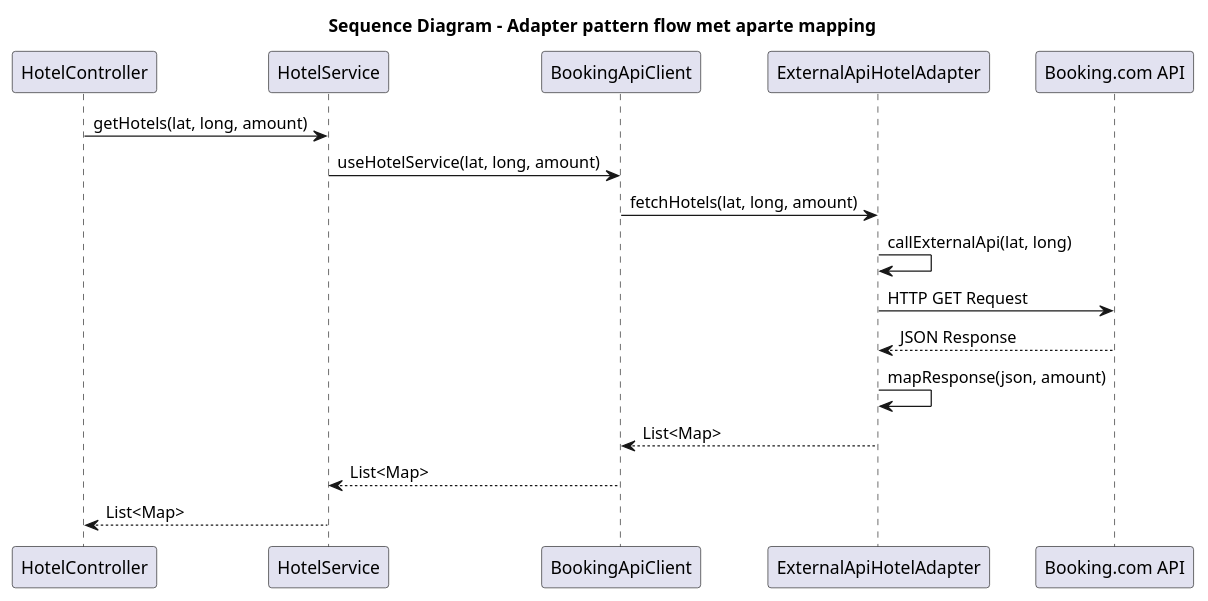
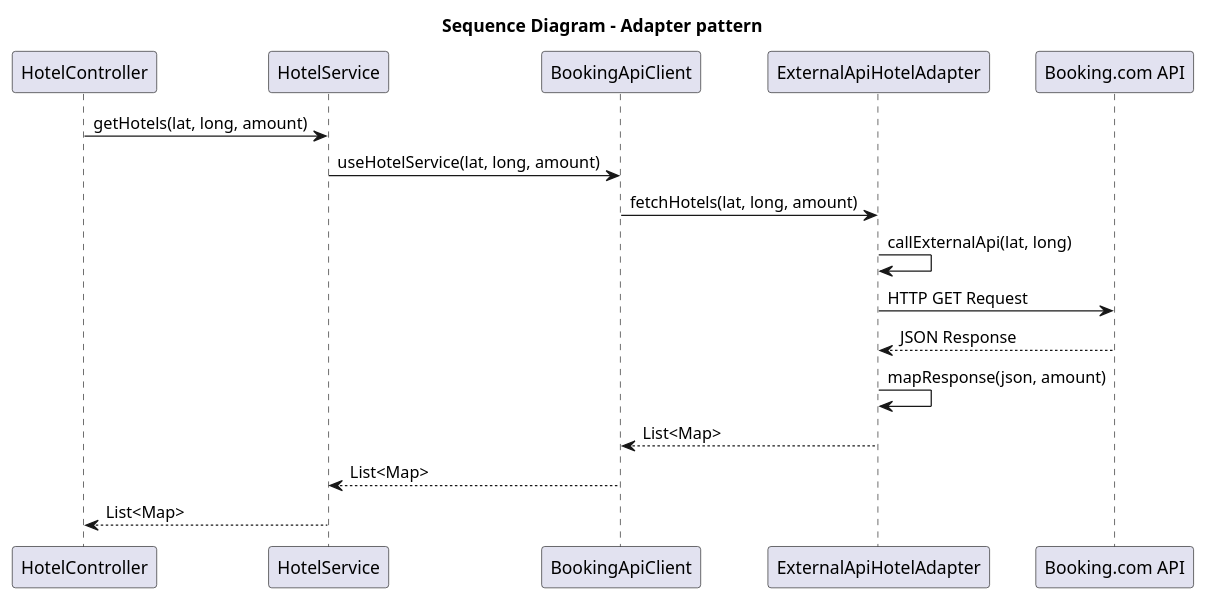
Before and after one commit to AIM-ENE-feb25/triptop-groep-3: the diagram in opdracht-diagrammen/Ontwerpvraag/C4 OntwerpVraag Tren/C4SequenceDiagramOntwerpVraagTren.puml, drawn with PlantUML. The commit also changed 3 other files, not shown here.

```diff
--- a/opdracht-diagrammen/Ontwerpvraag/C4 OntwerpVraag Tren/C4SequenceDiagramOntwerpVraagTren.puml
+++ b/opdracht-diagrammen/Ontwerpvraag/C4 OntwerpVraag Tren/C4SequenceDiagramOntwerpVraagTren.puml
@@ -1,21 +1,21 @@
 @startuml
-title Sequence Diagram – Adapter pattern flow met aparte mapping
+title Sequence Diagram – Adapter pattern
 
 participant "HotelController" as Controller
 participant "HotelService" as Service
 participant "BookingApiClient" as Client
 participant "ExternalApiHotelAdapter" as Adapter
 participant "Booking.com API" as API
 
 Controller -> Service : getHotels(lat, long, amount)
 Service -> Client : useHotelService(lat, long, amount)
 Client -> Adapter : fetchHotels(lat, long, amount)
 Adapter -> Adapter : callExternalApi(lat, long)
 Adapter -> API : HTTP GET Request
 API --> Adapter : JSON Response
 Adapter -> Adapter : mapResponse(json, amount)
 Adapter --> Client : List<Map>
 Client --> Service : List<Map>
 Service --> Controller : List<Map>
 
-@enduml
+@enduml§
```
